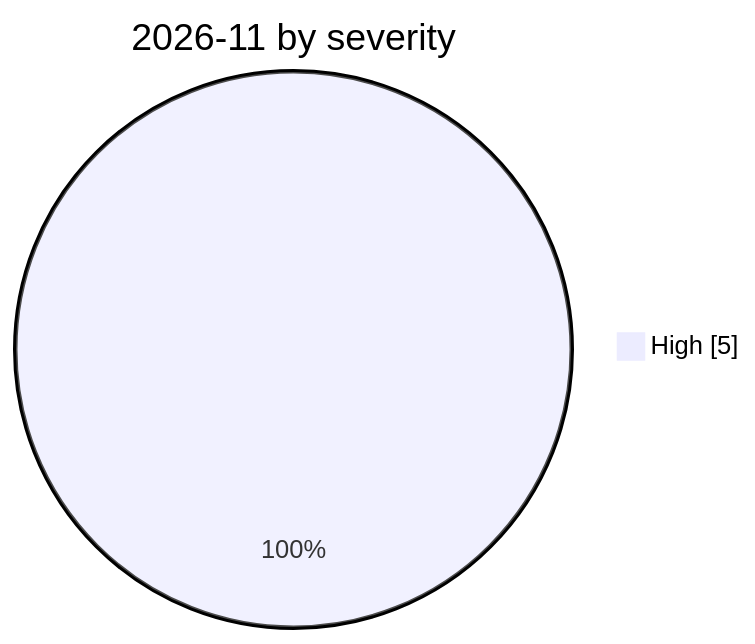
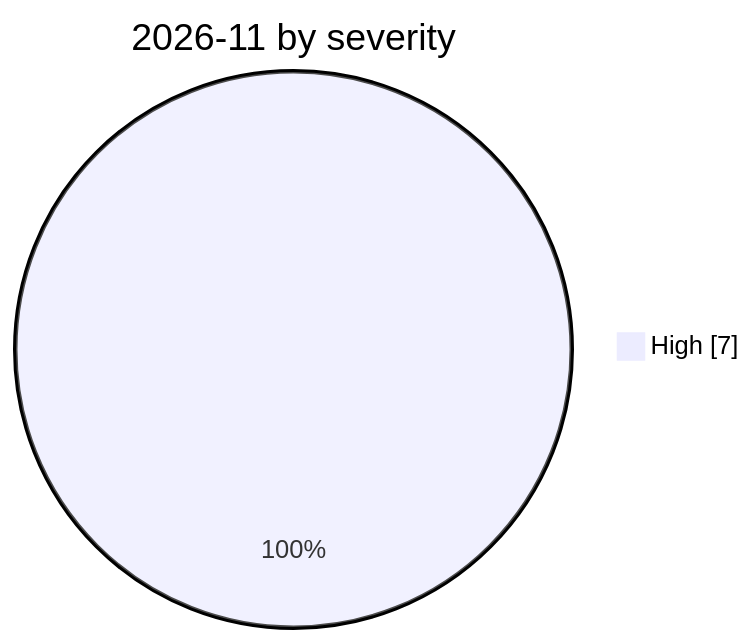
One commit to Continuum-AI-Corp/Orca-AI-Incident-Archive changed the diagram in incidents/2026-11/README.md. Above: the diagram before and after it, drawn with Mermaid. The commit also changed other lines of this file and 32 other files, not shown here.

````diff
--- a/incidents/2026-11/README.md
+++ b/incidents/2026-11/README.md
@@ -8,5 +8,5 @@
 ```mermaid
 pie showData
     title 2026-11 by severity
-    "High" : 5
+    "High" : 7
 ```
````
